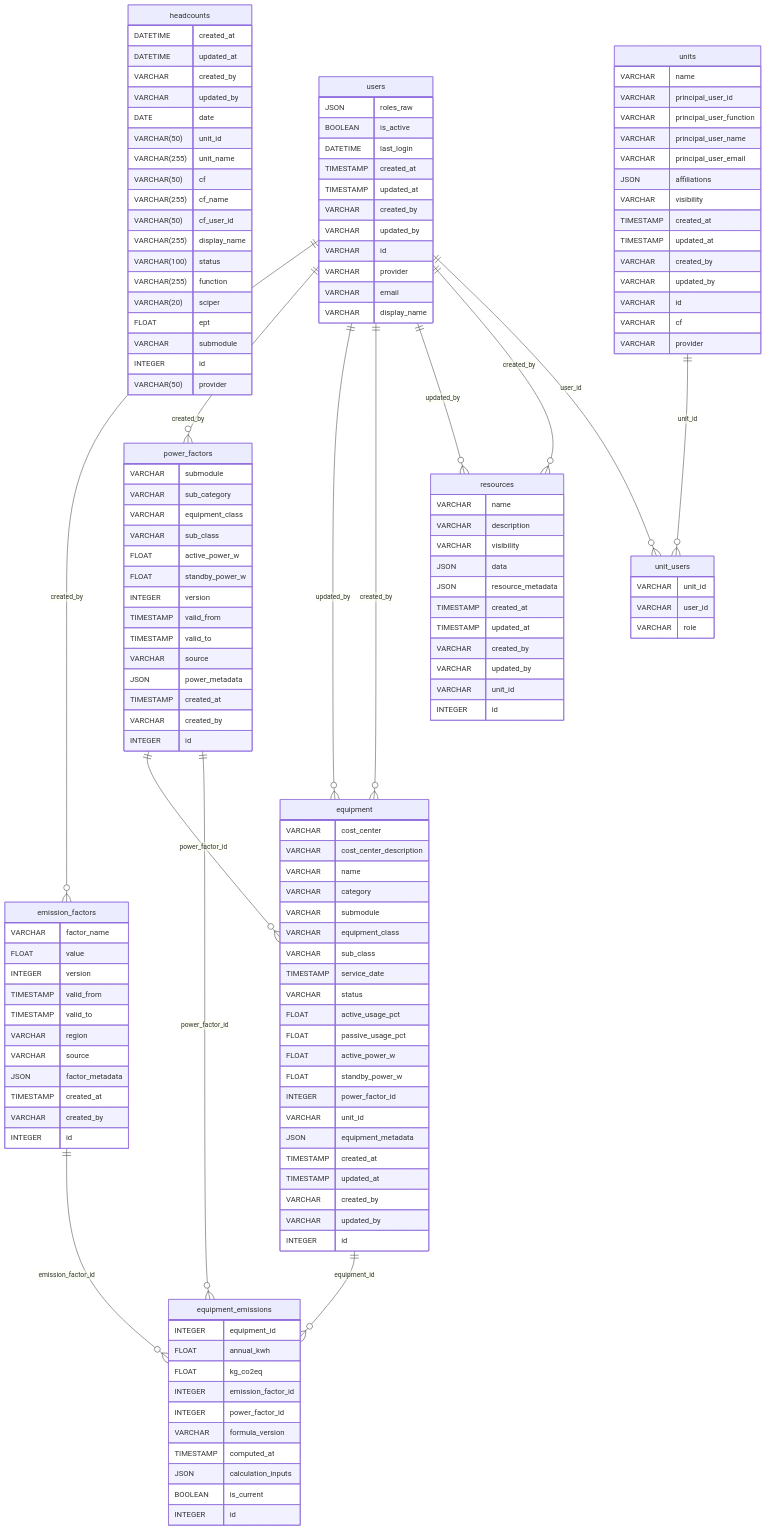
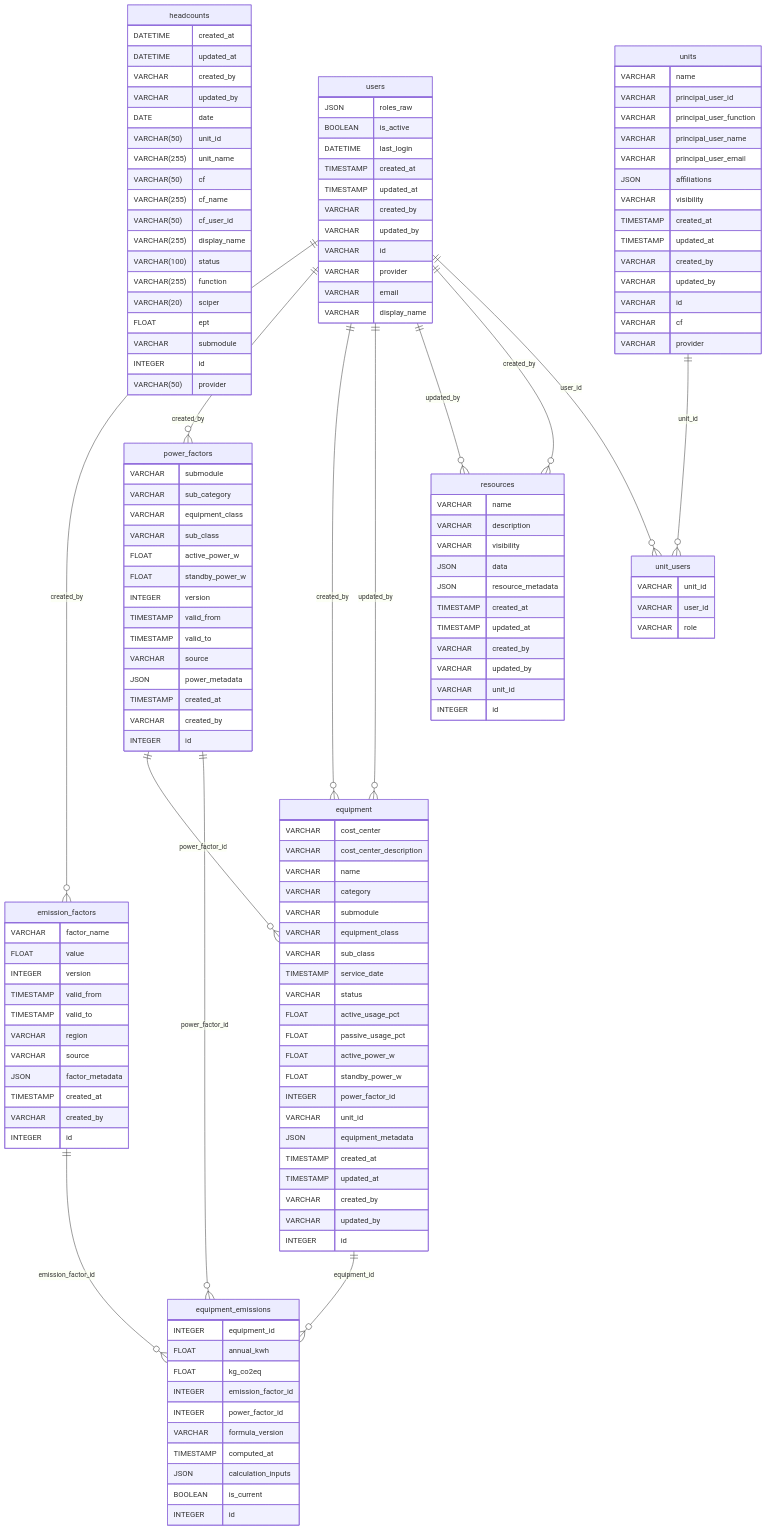
Before and after one commit to EPFL-ENAC/co2-calculator: the diagram in docs/src/database/erd.md, drawn with Mermaid. The commit also changed other lines of this file and 6 other files, not shown here.

```diff
--- a/docs/src/database/erd.md
+++ b/docs/src/database/erd.md
@@ -135,12 +134,12 @@
   }
   users ||--}o emission_factors : created_by
   users ||--}o power_factors : created_by
+  users ||--}o equipment : created_by
   users ||--}o equipment : updated_by
   power_factors ||--}o equipment : power_factor_id
-  users ||--}o equipment : created_by
+  equipment ||--}o equipment_emissions : equipment_id
+  power_factors ||--}o equipment_emissions : power_factor_id
   emission_factors ||--}o equipment_emissions : emission_factor_id
-  power_factors ||--}o equipment_emissions : power_factor_id
-  equipment ||--}o equipment_emissions : equipment_id
   users ||--}o resources : updated_by
   users ||--}o resources : created_by
   users ||--}o unit_users : user_id
```
